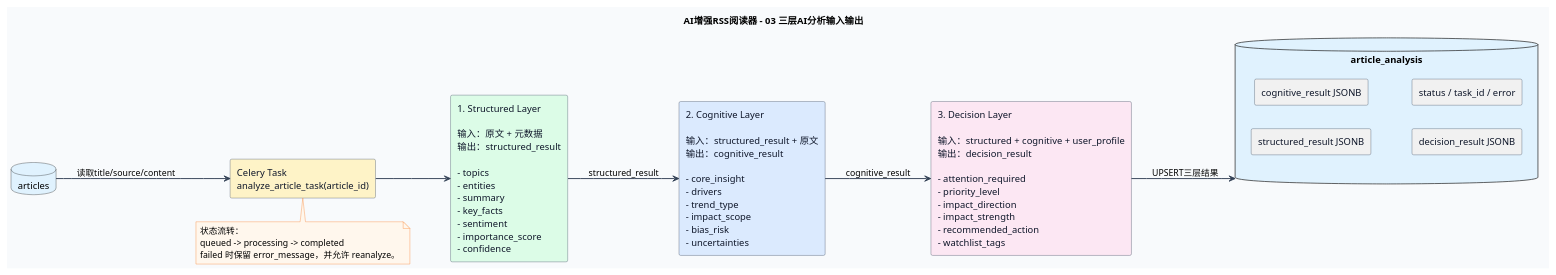
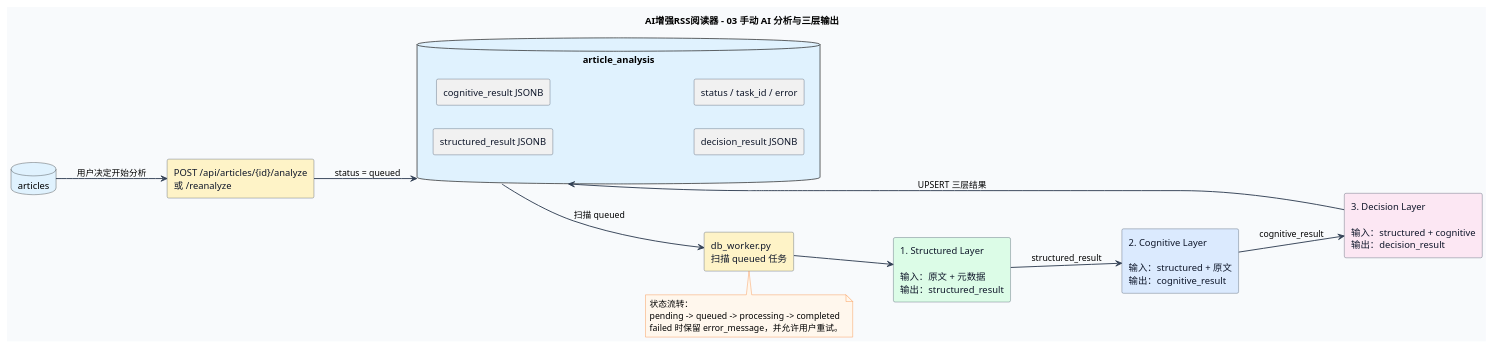
One commit to ltm84532430-max/RSS changed the third of 8 diagrams in RSS项目/系统.puml. Above: the diagram before and after it, drawn with PlantUML. The commit also changed other lines of this file and 2 other files, not shown here.

Commit message:
Update UML for manual analysis flow and fix frontend nested button bug

```diff
--- a/RSS项目/系统.puml
+++ b/RSS项目/系统.puml
@@ -144,44 +141,45 @@
-@startuml AI_RSS_03_AI_Three_Layers
-title AI增强RSS阅读器 - 03 三层AI分析输入输出
+@startuml AI_RSS_03_Manual_AI_Three_Layers
+title AI增强RSS阅读器 - 03 手动 AI 分析与三层输出
 
 left to right direction
 skinparam backgroundColor #F8FAFC
 skinparam shadowing false
 skinparam componentStyle rectangle
 skinparam defaultFontName Microsoft YaHei
 skinparam ArrowColor #334155
 skinparam ArrowThickness 1.4
 skinparam ComponentBorderColor #334155
 skinparam ComponentFontColor #0F172A
 skinparam NoteBackgroundColor #FFF7ED
 skinparam NoteBorderColor #F97316
 
 database "articles" as Articles #E0F2FE
-component "Celery Task\nanalyze_article_task(article_id)" as Task #FEF3C7
+component "POST /api/articles/{id}/analyze\n或 /reanalyze" as AnalyzeAPI #FEF3C7
+component "db_worker.py\n扫描 queued 任务" as Worker #FEF3C7
 
-component "1. Structured Layer\n\n输入：原文 + 元数据\n输出：structured_result\n\n- topics\n- entities\n- summary\n- key_facts\n- sentiment\n- importance_score\n- confidence" as L1 #DCFCE7
-
-component "2. Cognitive Layer\n\n输入：structured_result + 原文\n输出：cognitive_result\n\n- core_insight\n- drivers\n- trend_type\n- impact_scope\n- bias_risk\n- uncertainties" as L2 #DBEAFE
-
-component "3. Decision Layer\n\n输入：structured + cognitive + user_profile\n输出：decision_result\n\n- attention_required\n- priority_level\n- impact_direction\n- impact_strength\n- recommended_action\n- watchlist_tags" as L3 #FCE7F3
+component "1. Structured Layer\n\n输入：原文 + 元数据\n输出：structured_result" as L1 #DCFCE7
+component "2. Cognitive Layer\n\n输入：structured + 原文\n输出：cognitive_result" as L2 #DBEAFE
+component "3. Decision Layer\n\n输入：structured + cognitive\n输出：decision_result" as L3 #FCE7F3
 
 database "article_analysis" as Analysis #E0F2FE {
   component "structured_result JSONB" as SR
   component "cognitive_result JSONB" as CR
   component "decision_result JSONB" as DR
   component "status / task_id / error" as META
 }
 
-Articles --> Task : 读取title/source/content
-Task --> L1
+Articles --> AnalyzeAPI : 用户决定开始分析
+AnalyzeAPI --> Analysis : status = queued
+Analysis --> Worker : 扫描 queued
+Worker --> L1
 L1 --> L2 : structured_result
 L2 --> L3 : cognitive_result
-L3 --> Analysis : UPSERT三层结果
+L3 --> Analysis : UPSERT 三层结果
 
-note bottom of Task
+note bottom of Worker
 状态流转：
-queued -> processing -> completed
-failed 时保留 error_message，并允许 reanalyze。
+pending -> queued -> processing -> completed
+failed 时保留 error_message，并允许用户重试。
 end note
 
 @enduml
```
